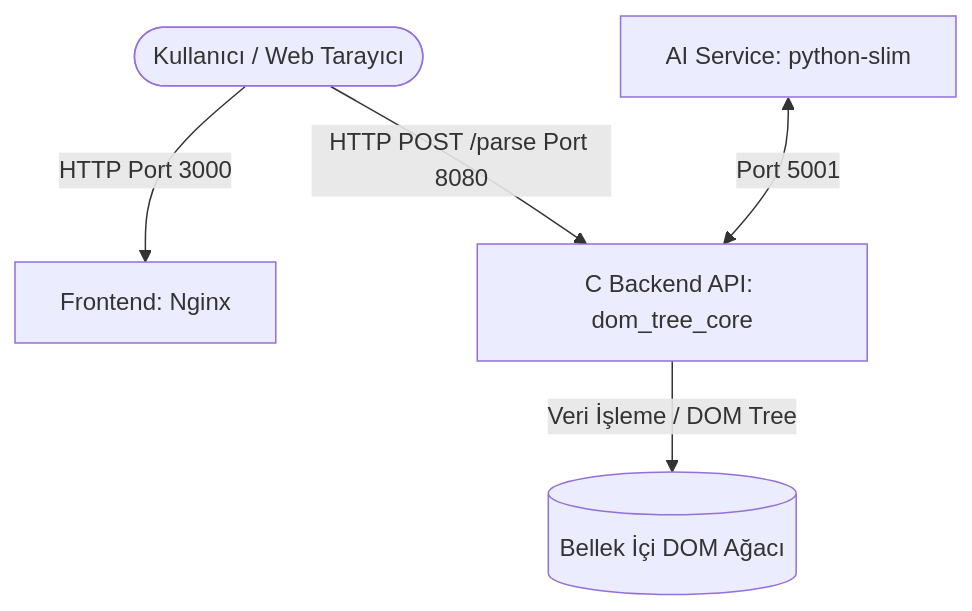
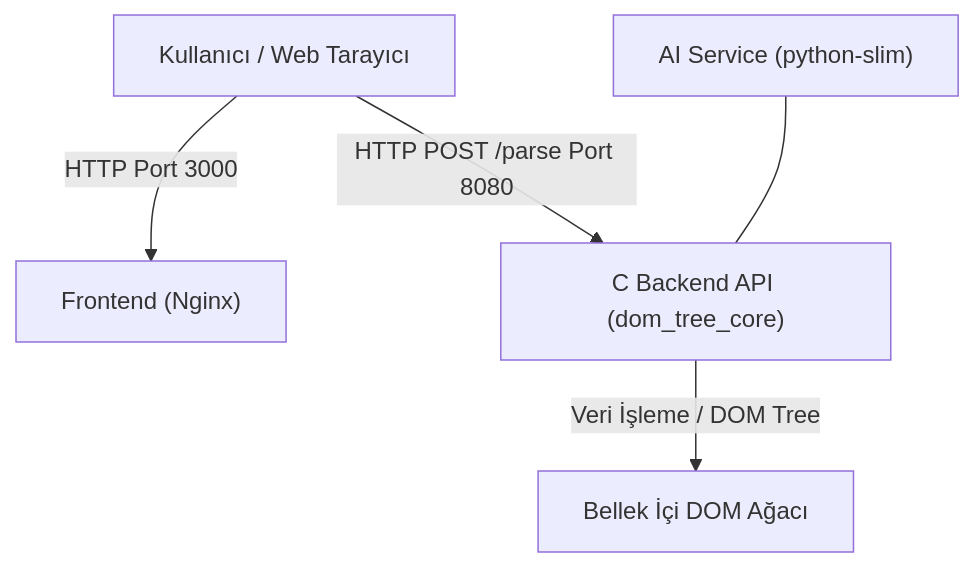
One commit to BerkanKayrakoglu/VeriYapilari_DOM_Tree changed the first of 2 diagrams in RAPOR.md. Above: the diagram before and after it, drawn with Mermaid. The commit also changed other lines of this file, not shown here.

Commit message:
fix(report): fix Mermaid syntax for diagrams to render on GitHub

````diff
--- a/RAPOR.md
+++ b/RAPOR.md
@@ -33,7 +33,7 @@
 ```mermaid
 graph TD
-    User([Kullanıcı / Web Tarayıcı]) -->|HTTP Port 3000| FE[Frontend: Nginx]
-    User -->|HTTP POST /parse Port 8080| BE[C Backend API: dom_tree_core]
-    BE -->|Veri İşleme / DOM Tree| DB[(Bellek İçi DOM Ağacı)]
-    AI[AI Service: python-slim] <-->|Port 5001| BE
+    User["Kullanıcı / Web Tarayıcı"] -->|HTTP Port 3000| FE["Frontend (Nginx)"]
+    User -->|HTTP POST /parse Port 8080| BE["C Backend API (dom_tree_core)"]
+    BE -->|Veri İşleme / DOM Tree| DB["Bellek İçi DOM Ağacı"]
+    AI["AI Service (python-slim)"] --- BE
 ```
````
